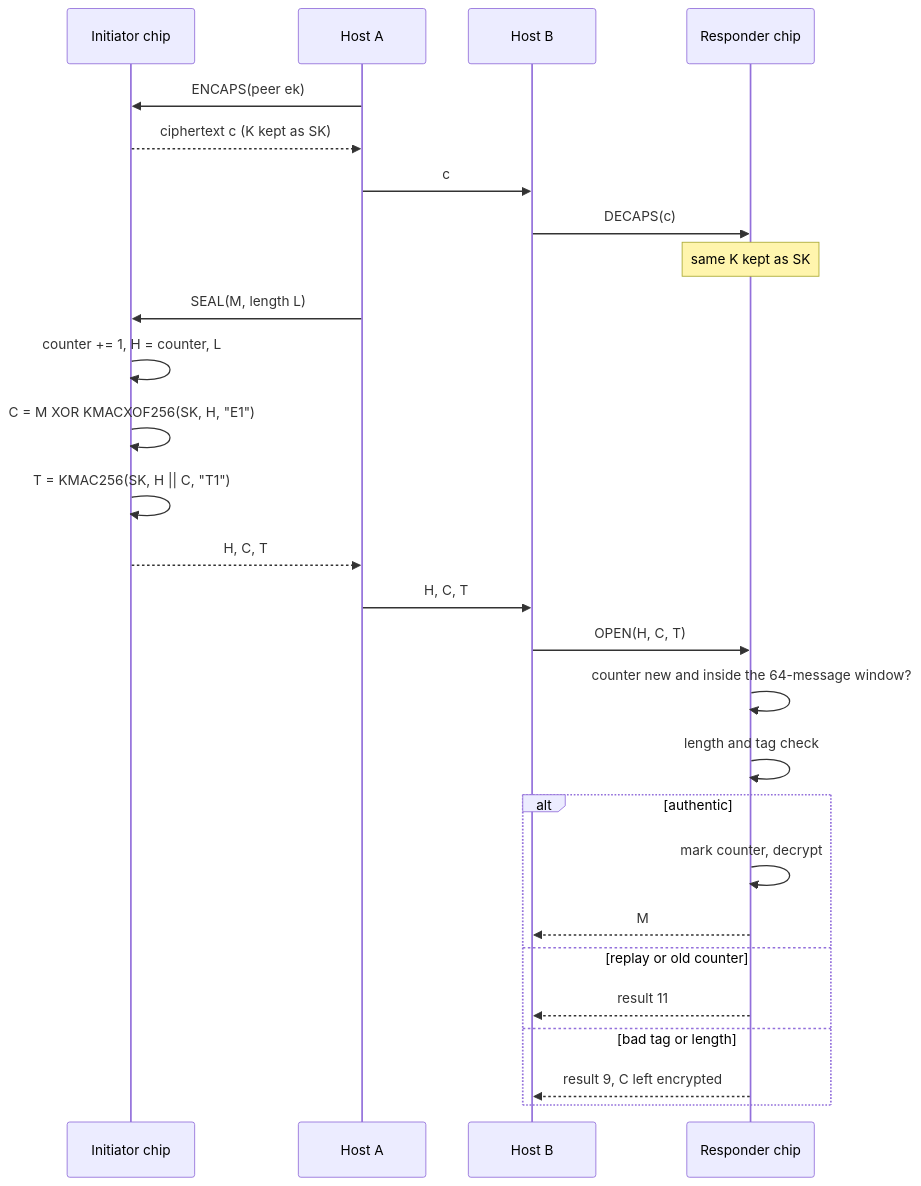
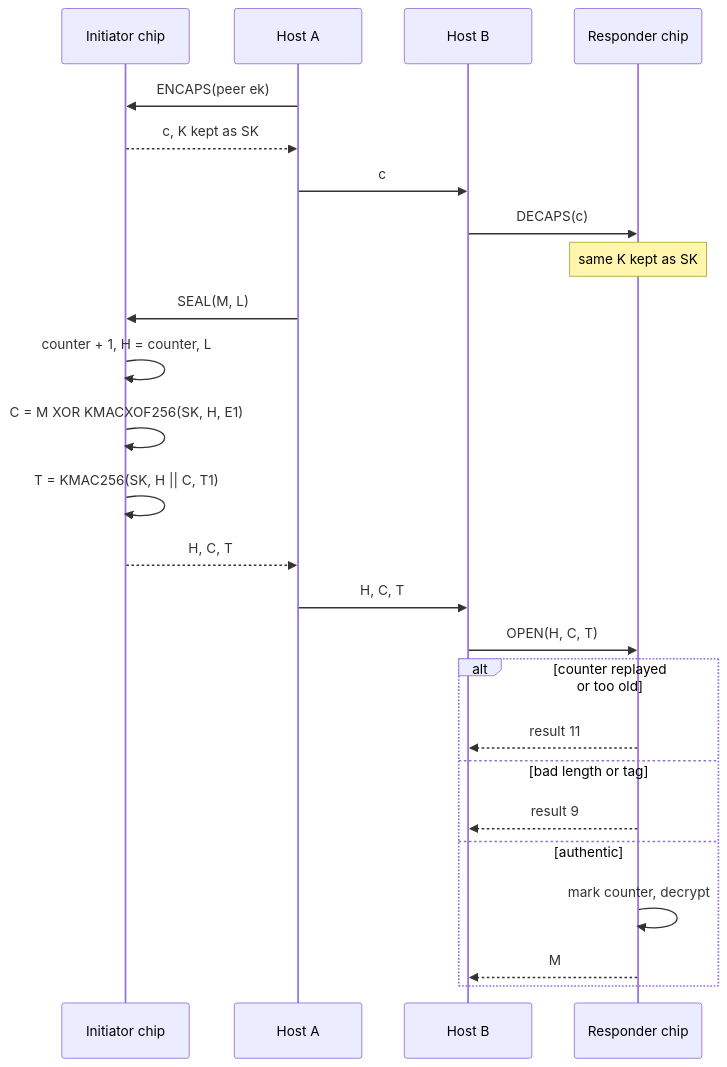
Diagram 11 of 12 in docs/PQSE_diagrams.md (DH1252/mlkem_hls), drawn with Mermaid before and after one commit. The commit also changed other lines of this file, not shown here.

First line of the commit message:
docs: restructure the diagrams, straight edges, plainer text

````diff
--- a/docs/PQSE_diagrams.md
+++ b/docs/PQSE_diagrams.md
@@ -331,29 +369,27 @@
 ```mermaid
 sequenceDiagram
     participant A as Initiator chip
     participant HA as Host A
     participant HB as Host B
     participant B as Responder chip
     HA->>A: ENCAPS(peer ek)
-    A-->>HA: ciphertext c (K kept as SK)
+    A-->>HA: c, K kept as SK
     HA->>HB: c
     HB->>B: DECAPS(c)
     Note over B: same K kept as SK
-    HA->>A: SEAL(M, length L)
-    A->>A: counter += 1, H = counter, L
-    A->>A: C = M XOR KMACXOF256(SK, H, "E1")
-    A->>A: T = KMAC256(SK, H || C, "T1")
+    HA->>A: SEAL(M, L)
+    A->>A: counter + 1, H = counter, L
+    A->>A: C = M XOR KMACXOF256(SK, H, E1)
+    A->>A: T = KMAC256(SK, H || C, T1)
     A-->>HA: H, C, T
     HA->>HB: H, C, T
     HB->>B: OPEN(H, C, T)
-    B->>B: counter new and inside the 64-message window?
-    B->>B: length and tag check
-    alt authentic
+    alt counter replayed or too old
+        B-->>HB: result 11
+    else bad length or tag
+        B-->>HB: result 9
+    else authentic
         B->>B: mark counter, decrypt
         B-->>HB: M
-    else replay or old counter
-        B-->>HB: result 11
-    else bad tag or length
-        B-->>HB: result 9, C left encrypted
     end
 ```
````
